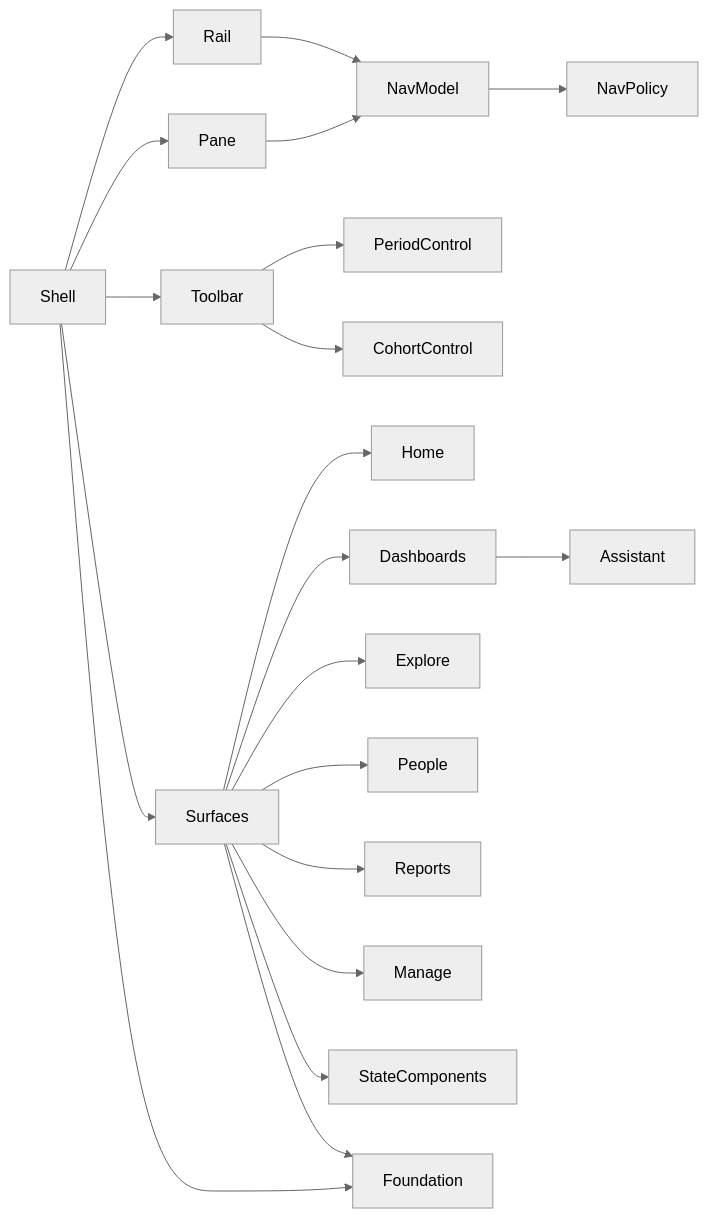
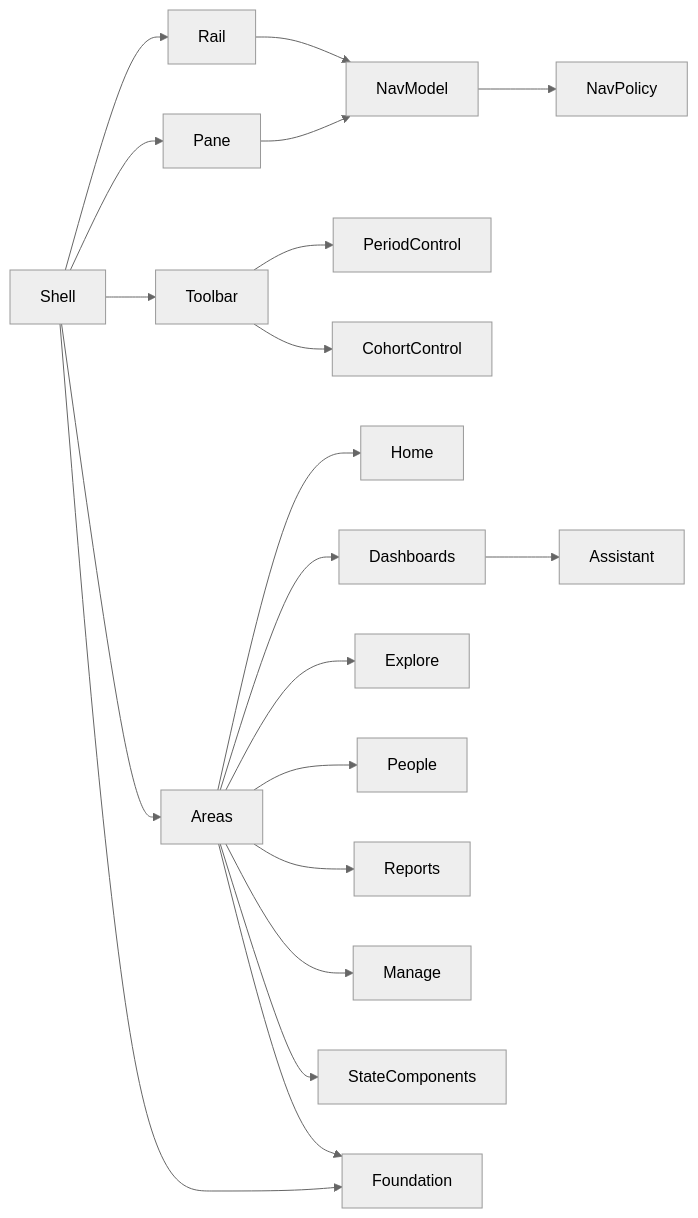
Before and after one commit to constructorfabric/insight: the second of 5 diagrams in docs/components/frontend/specs/DESIGN.md, drawn with Mermaid (neutral theme). The commit also changed other lines of this file and 2 other files, not shown here.

````diff
--- a/docs/components/frontend/specs/DESIGN.md
+++ b/docs/components/frontend/specs/DESIGN.md
@@ -212,22 +214,22 @@
 ```mermaid
 flowchart LR
   Shell --> Rail
   Shell --> Pane
   Shell --> Toolbar
   Toolbar --> PeriodControl
   Toolbar --> CohortControl
-  Shell --> Surfaces
-  Surfaces --> Home
-  Surfaces --> Dashboards
-  Surfaces --> Explore
-  Surfaces --> People
-  Surfaces --> Reports
-  Surfaces --> Manage
+  Shell --> Areas
+  Areas --> Home
+  Areas --> Dashboards
+  Areas --> Explore
+  Areas --> People
+  Areas --> Reports
+  Areas --> Manage
   Dashboards --> Assistant
-  Surfaces --> StateComponents
+  Areas --> StateComponents
   Rail --> NavModel
   Pane --> NavModel
   NavModel --> NavPolicy
-  Surfaces --> Foundation
+  Areas --> Foundation
   Shell --> Foundation
 ```
````
